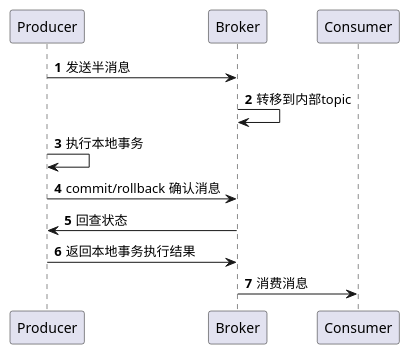
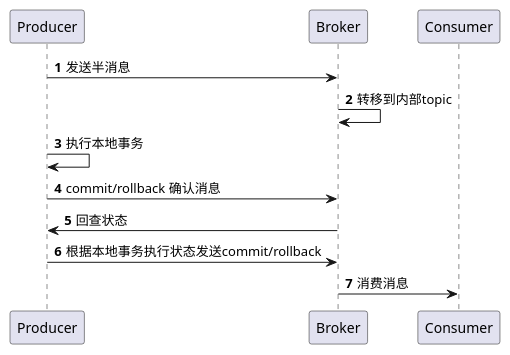
The diagram in 消息队列/RocketMQ/file/rmq-tx.puml (miracle2138/tech-blog), drawn with PlantUML before and after one commit. The commit also changed 2 other files, not shown here.

```diff
--- a/消息队列/RocketMQ/file/rmq-tx.puml
+++ b/消息队列/RocketMQ/file/rmq-tx.puml
@@ -1,13 +1,13 @@
 @startuml
 autonumber
 
 Producer -> Broker: 发送半消息
 Broker -> Broker: 转移到内部topic
 Producer -> Producer: 执行本地事务
 Producer -> Broker: commit/rollback 确认消息
 
 Broker -> Producer: 回查状态
-Producer -> Broker: 返回本地事务执行结果
+Producer -> Broker: 根据本地事务执行状态发送commit/rollback
 
 Broker -> Consumer: 消费消息
 @enduml
```
